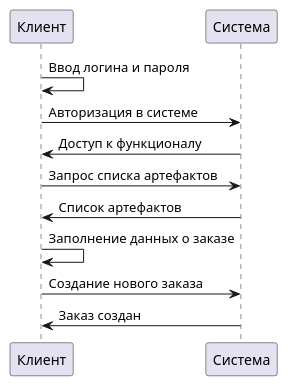
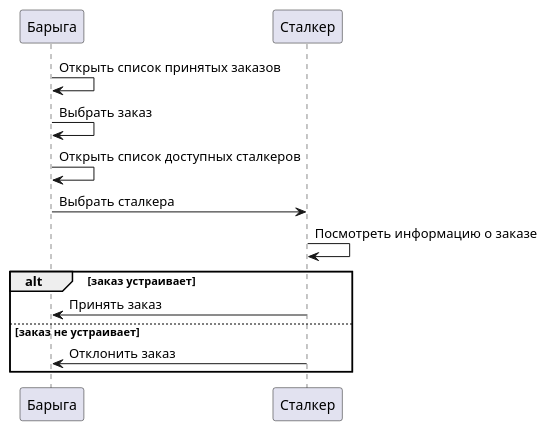
Before and after one commit to avdosev/itmo-software-diagrams: the diagram in use-case-view/sequence_diagram_abstract.puml, drawn with PlantUML. The commit also changed other lines of this file and 2 other files, not shown here.

```diff
--- a/use-case-view/sequence_diagram_abstract.puml
+++ b/use-case-view/sequence_diagram_abstract.puml
@@ -2,16 +2,18 @@
 @startuml
 
-Клиент->Клиент: Ввод логина и пароля
+Барыга -> Барыга: Открыть список принятых заказов
+Барыга -> Барыга: Выбрать заказ
 
-Клиент-> Система: Авторизация в системе
-Система-> Клиент: Доступ к функционалу
+Барыга -> Барыга: Открыть список доступных сталкеров
+Барыга -> Сталкер: Выбрать сталкера
 
-Клиент-> Система: Запрос списка артефактов
-Система-> Клиент: Список артефактов
+Сталкер -> Сталкер: Посмотреть информацию о заказе
 
-Клиент -> Клиент: Заполнение данных о заказе
+alt заказ устраивает
+    Сталкер -> Барыга: Принять заказ
+else заказ не устраивает
+    Сталкер -> Барыга: Отклонить заказ
+end
 
-Клиент -> Система: Создание нового заказа
-Система -> Клиент: Заказ создан
 
 @enduml
```
